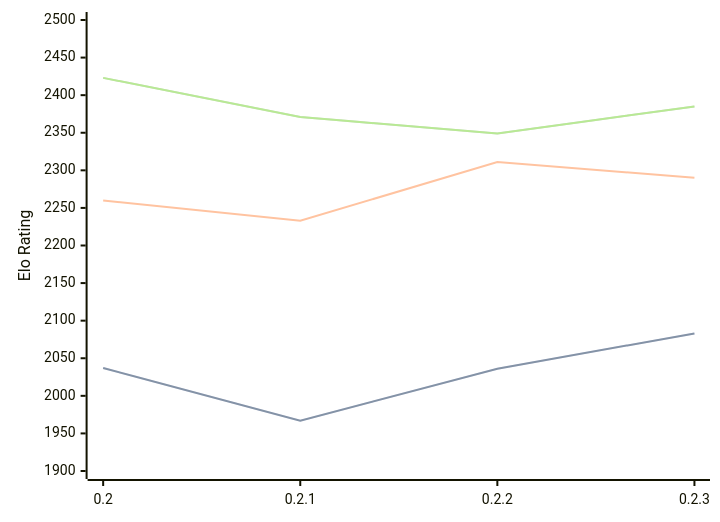
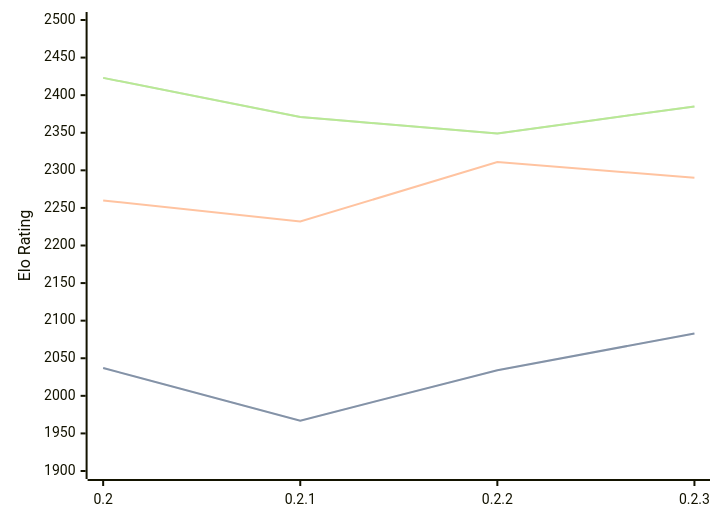
Before and after one commit to computer-chess-index/cci: the diagram in engines/Lolbot.md, drawn with Mermaid. The commit also changed other lines of this file, not shown here.

````diff
--- a/engines/Lolbot.md
+++ b/engines/Lolbot.md
@@ -33,11 +33,11 @@
 ```mermaid
 %%{init: {"theme":"base","themeVariables":{"seriesColors:['#a3a3a3','#222221','#faa371']}}}%%
 xychart-beta
   x-axis ["0.2", "0.2.1", "0.2.2", "0.2.3"]
   y-axis "Elo Rating" 1900 --> 2500
-  line "STC (8.0+0.08s)" [2037, 1967, 2036, 2083]
-  line "STC (8.0+0.08s)" [2037, 1967, 2036, 2083]
-  line "LTC (60.0+0.60s)" [2260, 2233, 2311, 2290]
+  line "STC (8.0+0.08s)" [2037, 1967, 2034, 2083]
+  line "STC (8.0+0.08s)" [2037, 1967, 2034, 2083]
+  line "LTC (60.0+0.60s)" [2260, 2232, 2311, 2290]
   line "VLTC (2m24s+1.12s)" [2423, 2371, 2349, 2385]
   line "VLTC (2m24s+1.12s)" [2423, 2371, 2349, 2385]
 ```
````
